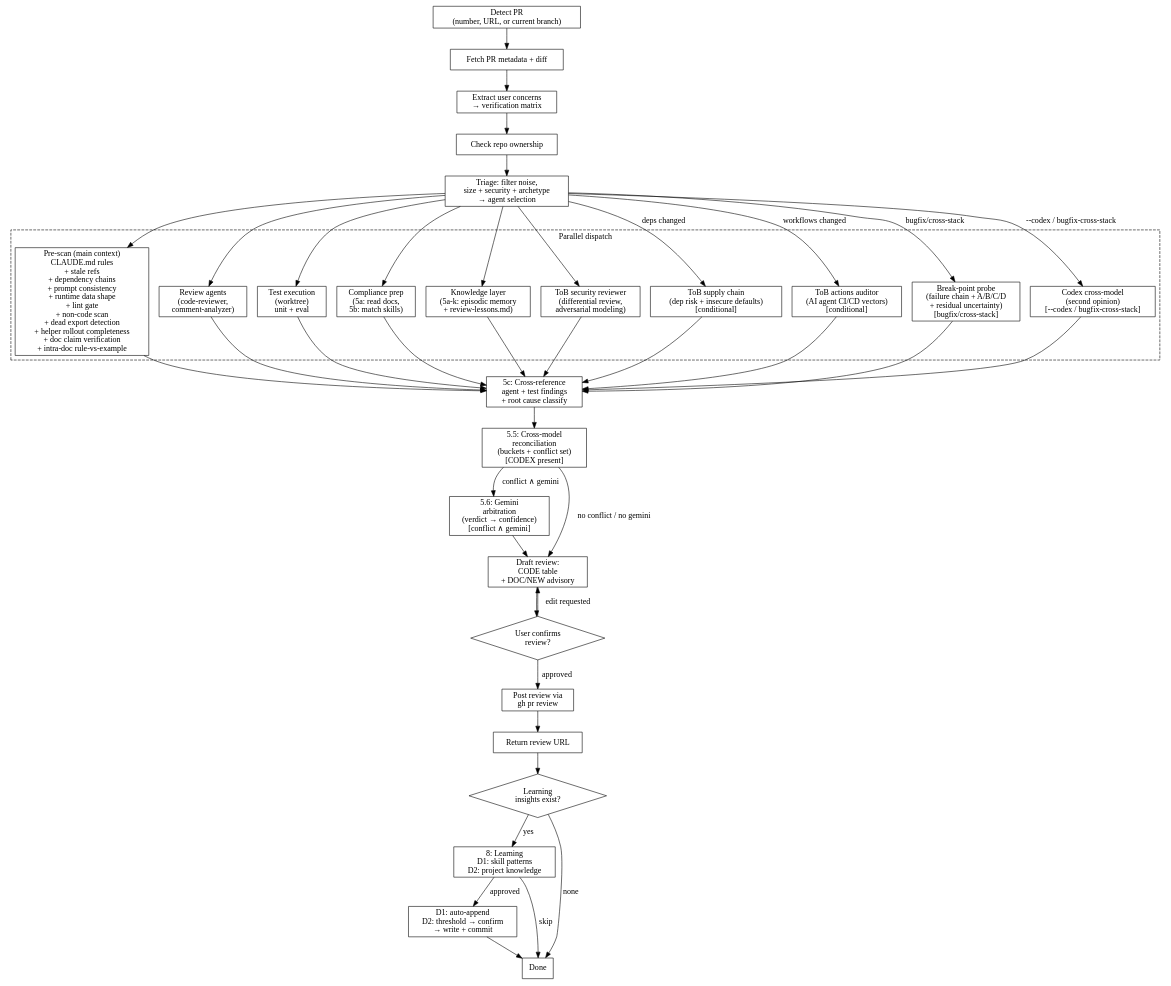
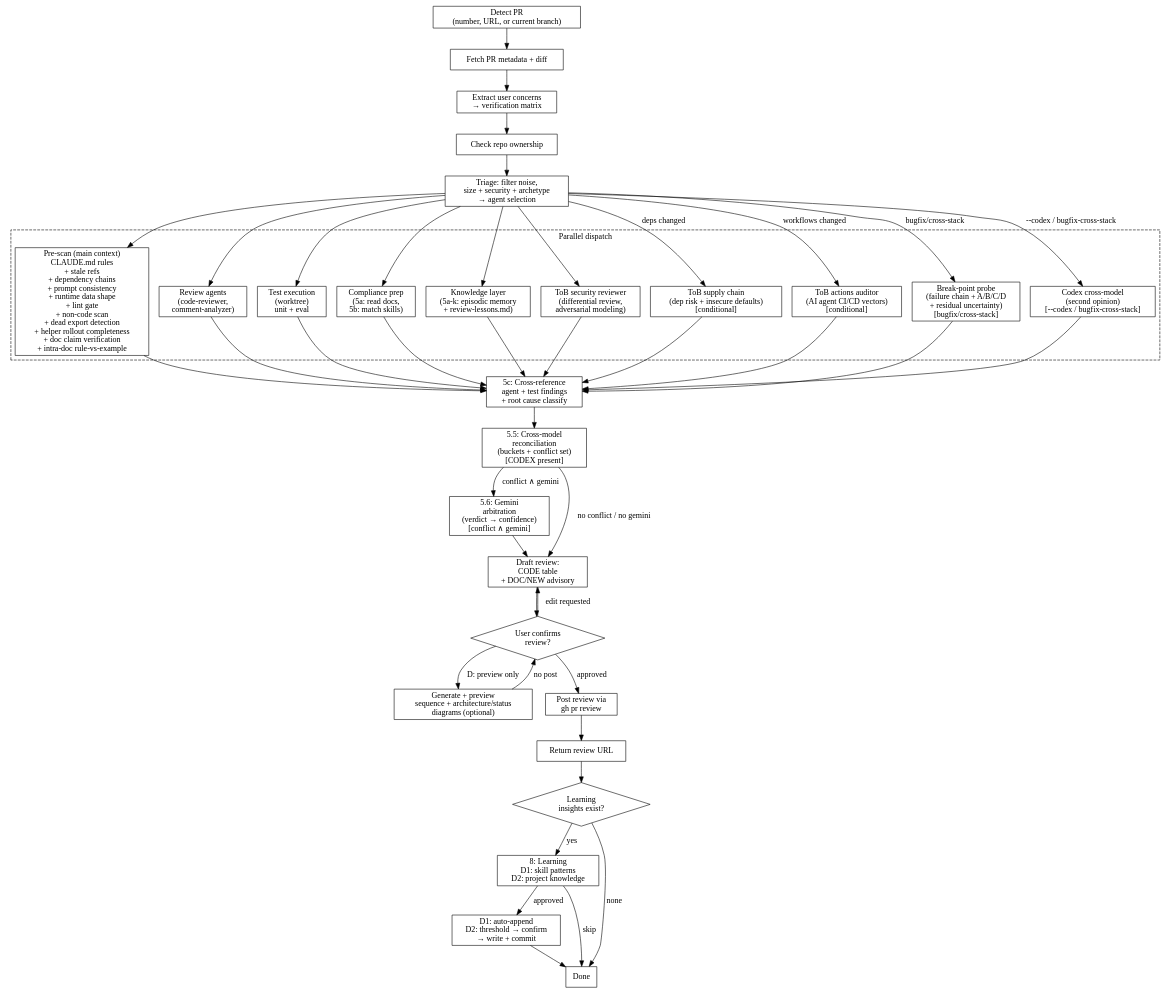
One commit to iamcxa/kc-claude-plugins changed the diagram in kc-pr-flow/skills/kc-pr-review/SKILL.md. Above: the diagram before and after it, drawn with Graphviz. The commit also changed other lines of this file and 7 other files, not shown here.

Commit message:
feat(kc-pr-flow): add optional review architecture diagrams

```diff
--- a/kc-pr-flow/skills/kc-pr-review/SKILL.md
+++ b/kc-pr-flow/skills/kc-pr-review/SKILL.md
@@ -44,6 +44,7 @@
   confirm [label="User confirms\nreview?"];
 
   node [shape=box];
+  diagrams [label="Generate + preview\nsequence + architecture/status\ndiagrams (optional)"];
   post [label="Post review via\ngh pr review"];
   review_url [label="Return review URL"];
 
@@ -81,6 +82,8 @@
   reconcile -> draft [label="no conflict / no gemini"];
   arbitrate -> draft;
   draft -> confirm;
+  confirm -> diagrams [label="D: preview only"];
+  diagrams -> confirm [label="no post"];
   confirm -> post [label="approved"];
   confirm -> draft [label="edit requested"];
   post -> review_url -> has_learning;
```
